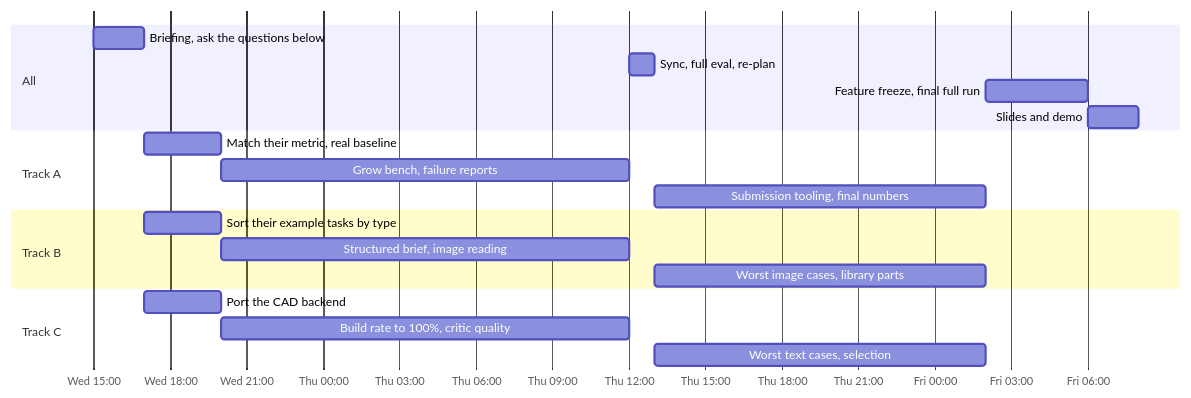
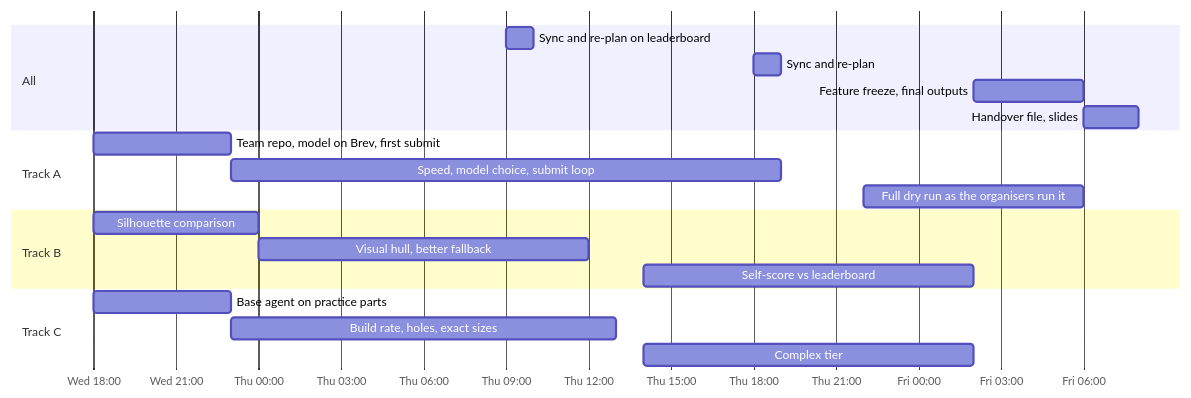
One commit to rumutaydin/sphere-forge-agent changed the fourth of 4 diagrams in docs/STRATEGY.md. Above: the diagram before and after it, drawn with Mermaid. The commit also changed other lines of this file and 236 other files, not shown here.

````diff
--- a/docs/STRATEGY.md
+++ b/docs/STRATEGY.md
@@ -91,22 +131,22 @@
 ```mermaid
 gantt
     dateFormat  YYYY-MM-DD HH:mm
     axisFormat  %a %H:%M
     section All
-    Briefing, ask the questions below      :m1, 2026-11-11 15:00, 2h
-    Sync, full eval, re-plan               :m2, 2026-11-12 12:00, 1h
-    Feature freeze, final full run         :m3, 2026-11-13 02:00, 4h
-    Slides and demo                        :m4, 2026-11-13 06:00, 2h
+    Sync and re-plan on leaderboard        :m1, 2026-11-12 09:00, 1h
+    Sync and re-plan                       :m2, 2026-11-12 18:00, 1h
+    Feature freeze, final outputs          :m3, 2026-11-13 02:00, 4h
+    Handover file, slides                  :m4, 2026-11-13 06:00, 2h
     section Track A
-    Match their metric, real baseline      :a1, 2026-11-11 17:00, 3h
-    Grow bench, failure reports            :a2, after a1, 16h
-    Submission tooling, final numbers      :a3, 2026-11-12 13:00, 13h
+    Team repo, model on Brev, first submit :a1, 2026-11-11 18:00, 5h
+    Speed, model choice, submit loop       :a2, after a1, 20h
+    Full dry run as the organisers run it  :a3, 2026-11-12 22:00, 8h
     section Track B
-    Sort their example tasks by type       :b1, 2026-11-11 17:00, 3h
-    Structured brief, image reading        :b2, after b1, 16h
-    Worst image cases, library parts       :b3, 2026-11-12 13:00, 13h
+    Silhouette comparison                  :b1, 2026-11-11 18:00, 6h
+    Visual hull, better fallback           :b2, after b1, 12h
+    Self-score vs leaderboard              :b3, 2026-11-12 14:00, 12h
     section Track C
-    Port the CAD backend                   :c1, 2026-11-11 17:00, 3h
-    Build rate to 100%, critic quality     :c2, after c1, 16h
-    Worst text cases, selection            :c3, 2026-11-12 13:00, 13h
+    Base agent on practice parts           :c1, 2026-11-11 18:00, 5h
+    Build rate, holes, exact sizes         :c2, after c1, 14h
+    Complex tier                           :c3, 2026-11-12 14:00, 12h
 ```
````
